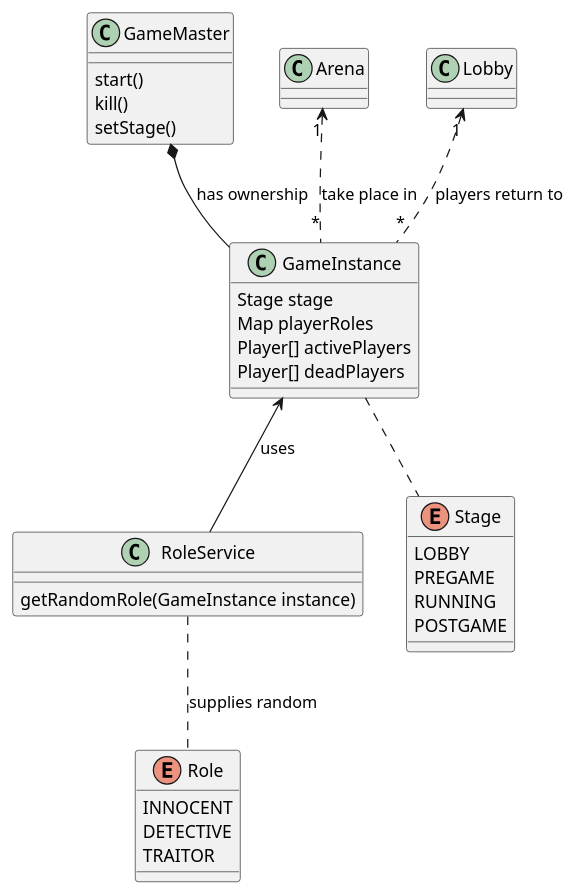
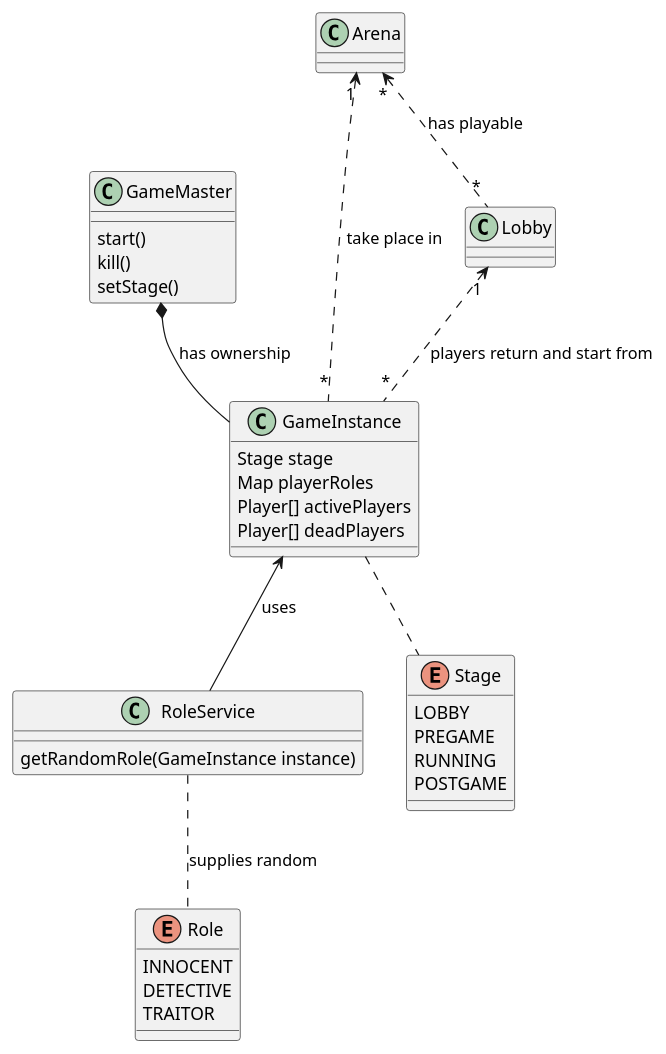
Before and after one commit to KapitanFloww/FlowwTTT: the diagram in TTT-Game.puml, drawn with PlantUML.

Commit message:
Updated UML

```diff
--- a/TTT-Game.puml
+++ b/TTT-Game.puml
@@ -1,41 +1,42 @@
 @startuml
 'https://plantuml.com/class-diagram
 
 class GameMaster {
     start()
     kill()
     setStage()
 }
 class GameInstance {
     Stage stage
     Map playerRoles
     Player[] activePlayers
     Player[] deadPlayers
 }
 class RoleService {
     getRandomRole(GameInstance instance)
 }
 class Arena
 class Lobby
 
 
 enum Stage {
     LOBBY
     PREGAME
     RUNNING
     POSTGAME
 }
 enum Role {
     INNOCENT
     DETECTIVE
     TRAITOR
 }
 
 GameInstance <-- RoleService : uses
 GameInstance .. Stage
 Arena "1" <.. "*" GameInstance : take place in
-Lobby "1" <.. "*" GameInstance : players return to
+Lobby "1" <.. "*" GameInstance : players return and start from
+Arena "*" <.. "*" Lobby : has playable
 GameMaster *-- GameInstance : has ownership
 RoleService .. Role : supplies random
 
 @enduml
```
